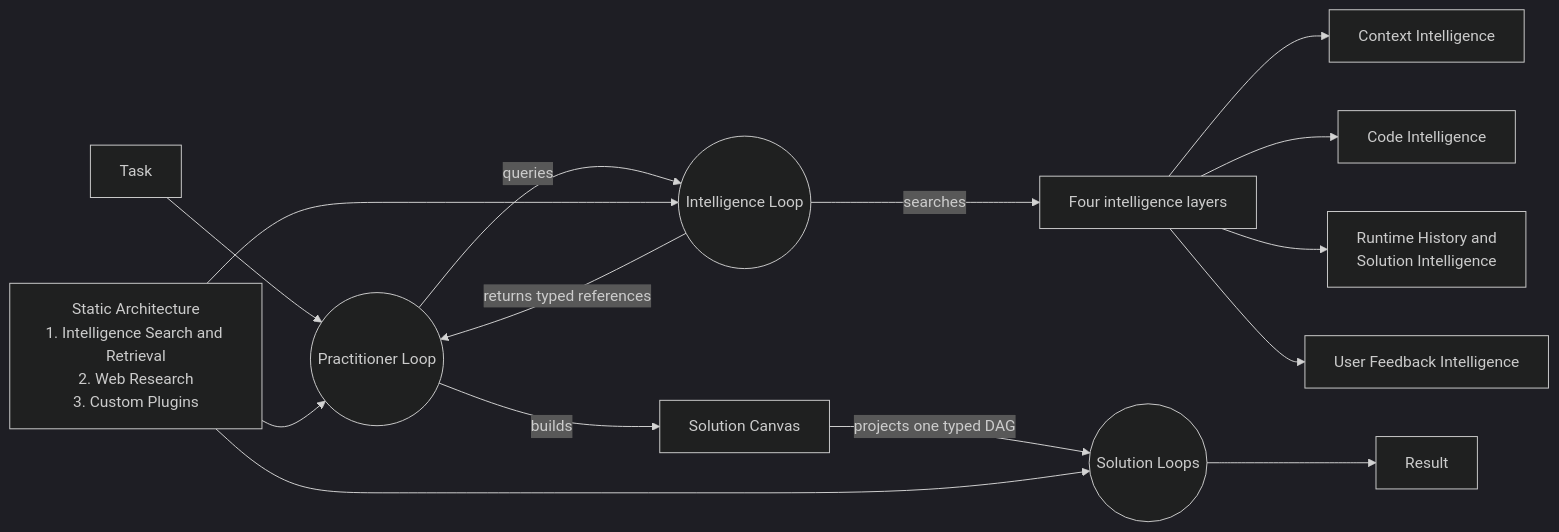
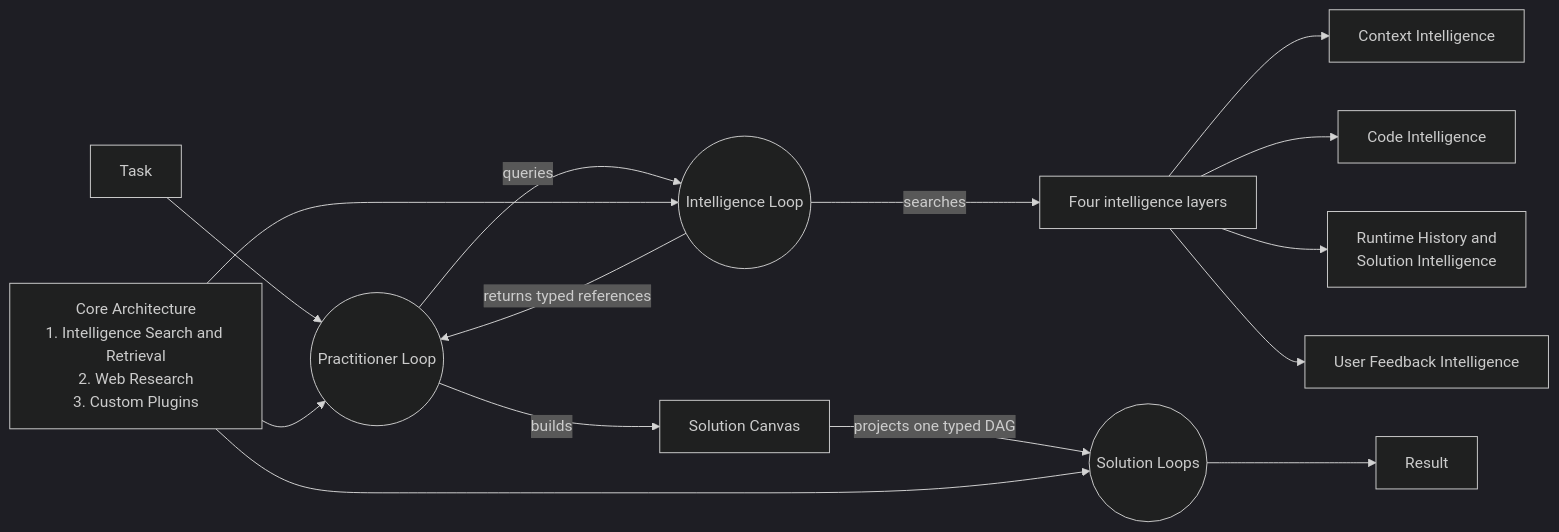
One commit to alisonjieli-png/loop-engine changed the diagram in README.md. Above: the diagram before and after it, drawn with Mermaid (dark theme). The commit also changed other lines of this file and 422 other files, not shown here.

First line of the commit message:
refactor: one LoopNode ontology, core architecture, memory, and devtools assurance

````diff
--- a/README.md
+++ b/README.md
@@ -14,20 +14,20 @@
 ```mermaid
 flowchart LR
     T[Task] --> P((Practitioner Loop))
     P -->|queries| I((Intelligence Loop))
     I -->|searches| L[Four intelligence layers]
     I -->|returns typed references| P
     P -->|builds| C[Solution Canvas]
     C -->|projects one typed DAG| S((Solution Loops))
     S --> O[Result]
 
-    A[Static Architecture<br/>1. Intelligence Search and Retrieval<br/>2. Web Research<br/>3. Custom Plugins]
+    A[Core Architecture<br/>1. Intelligence Search and Retrieval<br/>2. Web Research<br/>3. Custom Plugins]
     A --> P
     A --> I
     A --> S
 
     L --> CX[Context Intelligence]
     L --> CO[Code Intelligence]
     L --> RH[Runtime History and<br/>Solution Intelligence]
     L --> UF[User Feedback Intelligence]
 ```
````
